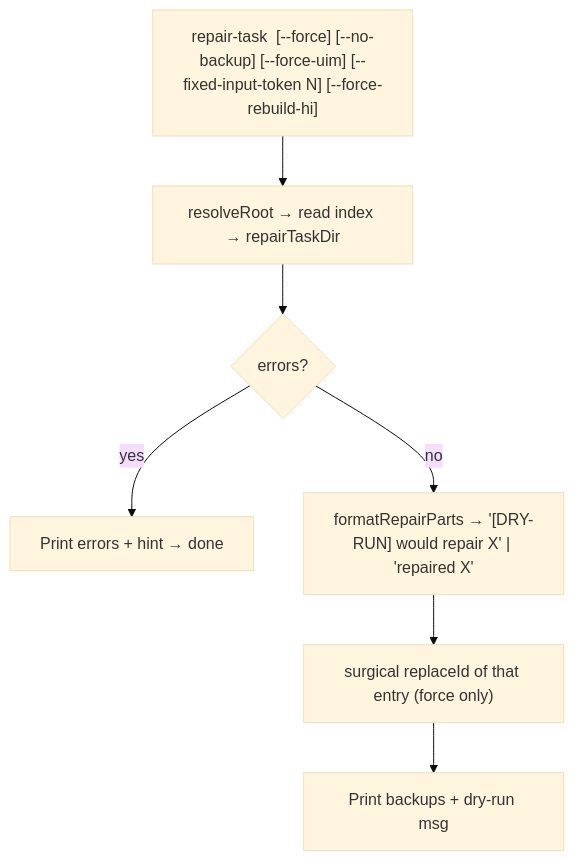
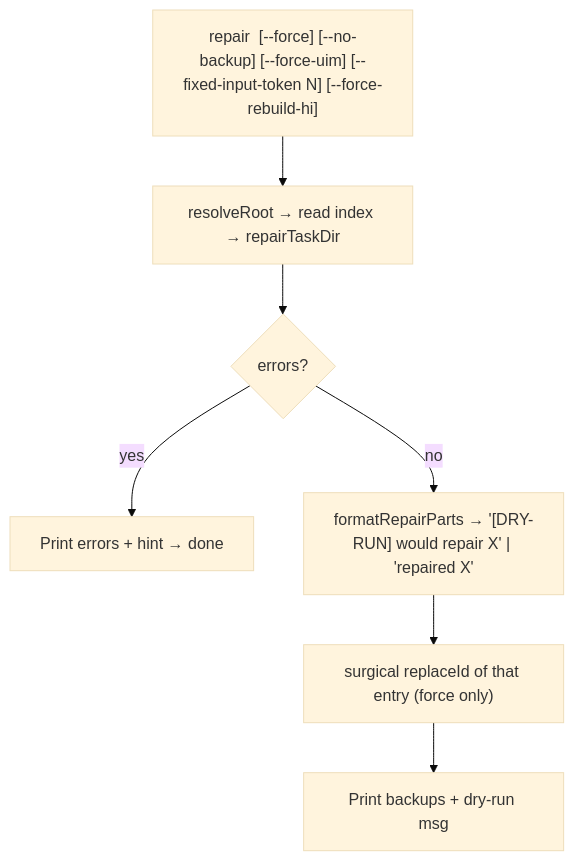
Before and after one commit to metaworx/zoo-code-history-repair: the eighth of 10 diagrams in SPECIFICATION.md, drawn with Mermaid (base theme). The commit also changed other lines of this file and 27 other files, not shown here.

First line of the commit message:
[TASK] Merge repair commands and list-corrupt into scan --short

````diff
--- a/SPECIFICATION.md
+++ b/SPECIFICATION.md
@@ -571,9 +566,9 @@
 ```mermaid
 flowchart TB
-    A["repair-task <id> [--force] [--no-backup] [--force-uim] [--fixed-input-token N] [--force-rebuild-hi]"] --> B["resolveRoot → read index → repairTaskDir"]
+    A["repair <id> [--force] [--no-backup] [--force-uim] [--fixed-input-token N] [--force-rebuild-hi]"] --> B["resolveRoot → read index → repairTaskDir"]
     B --> C{"errors?"}
     C -->|yes| D["Print errors + hint → done"]
     C -->|no| E["formatRepairParts → '[DRY-RUN] would repair X' | 'repaired X'"]
     E --> F["surgical replaceId of that entry (force only)"]
     F --> G["Print backups + dry-run msg"]
 ```
````
